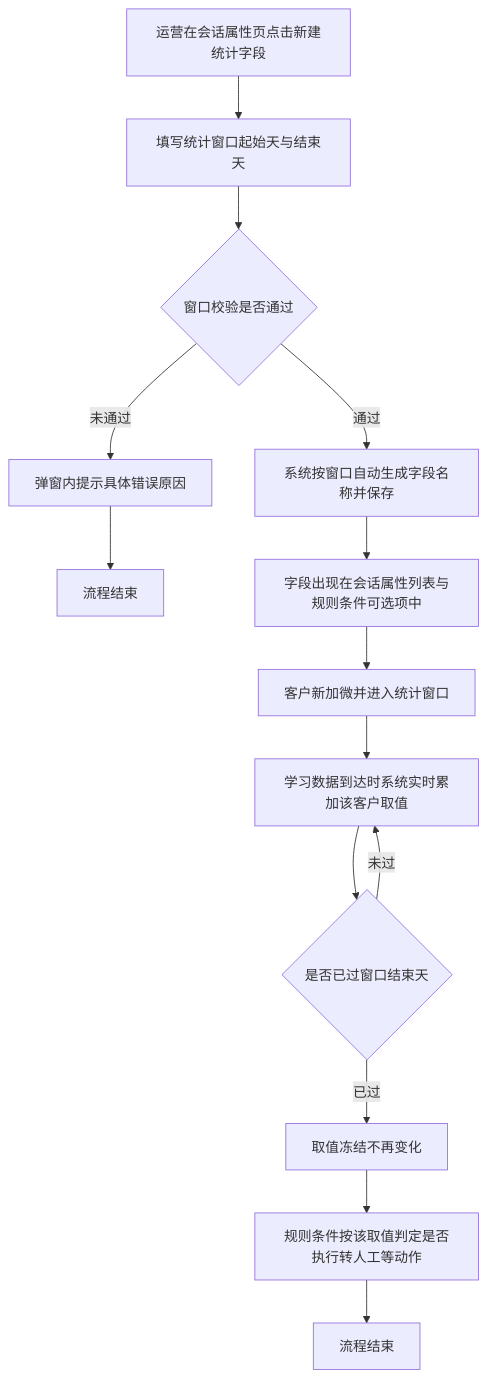
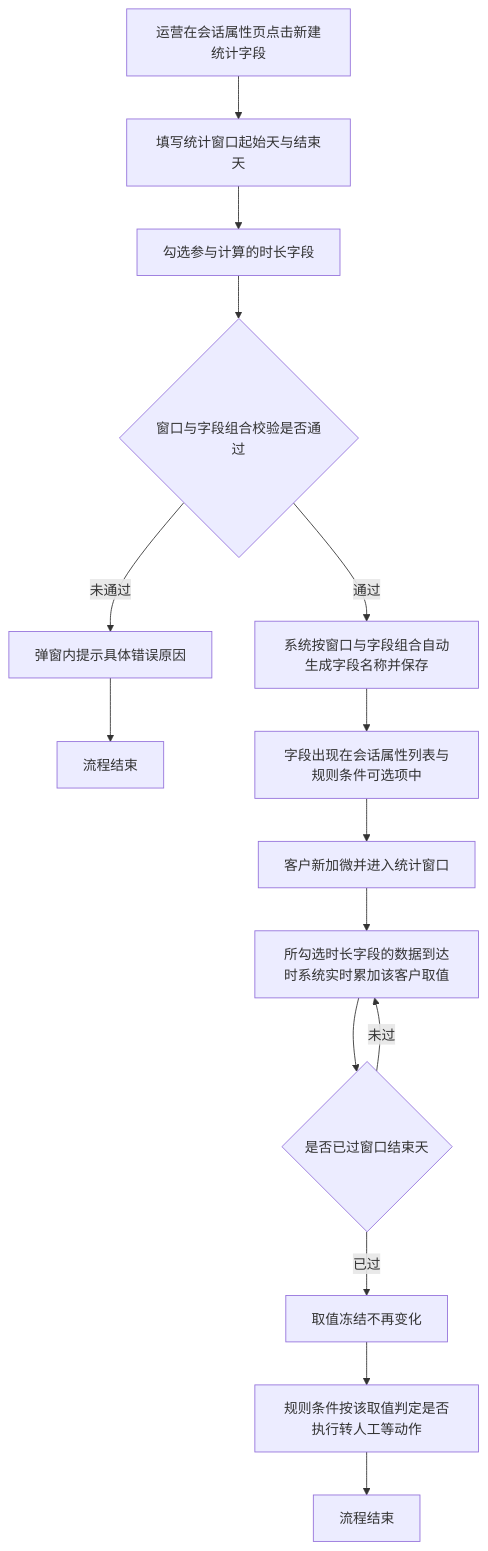
Before and after one commit to Leo-ai05/prototypes: the first of 2 diagrams in 自定义统计周期学习时长字段/PRD-自定义统计周期学习时长字段.md, drawn with Mermaid. The commit also changed other lines of this file and 23 other files, not shown here.

````diff
--- a/自定义统计周期学习时长字段/PRD-自定义统计周期学习时长字段.md
+++ b/自定义统计周期学习时长字段/PRD-自定义统计周期学习时长字段.md
@@ -41,16 +43,17 @@
 ```mermaid
 flowchart TD
     A[运营在会话属性页点击新建统计字段] --> B[填写统计窗口起始天与结束天]
-    B --> C{窗口校验是否通过}
-    C -->|未通过| D[弹窗内提示具体错误原因]
-    D --> E1[流程结束]
-    C -->|通过| F[系统按窗口自动生成字段名称并保存]
-    F --> G[字段出现在会话属性列表与规则条件可选项中]
-    G --> H[客户新加微并进入统计窗口]
-    H --> I[学习数据到达时系统实时累加该客户取值]
-    I --> J{是否已过窗口结束天}
-    J -->|未过| I
-    J -->|已过| K[取值冻结不再变化]
-    K --> L[规则条件按该取值判定是否执行转人工等动作]
-    L --> E2[流程结束]
+    B --> C[勾选参与计算的时长字段]
+    C --> D{窗口与字段组合校验是否通过}
+    D -->|未通过| E[弹窗内提示具体错误原因]
+    E --> F1[流程结束]
+    D -->|通过| G[系统按窗口与字段组合自动生成字段名称并保存]
+    G --> H[字段出现在会话属性列表与规则条件可选项中]
+    H --> I[客户新加微并进入统计窗口]
+    I --> J[所勾选时长字段的数据到达时系统实时累加该客户取值]
+    J --> K{是否已过窗口结束天}
+    K -->|未过| J
+    K -->|已过| L[取值冻结不再变化]
+    L --> M[规则条件按该取值判定是否执行转人工等动作]
+    M --> F2[流程结束]
 ```
````
